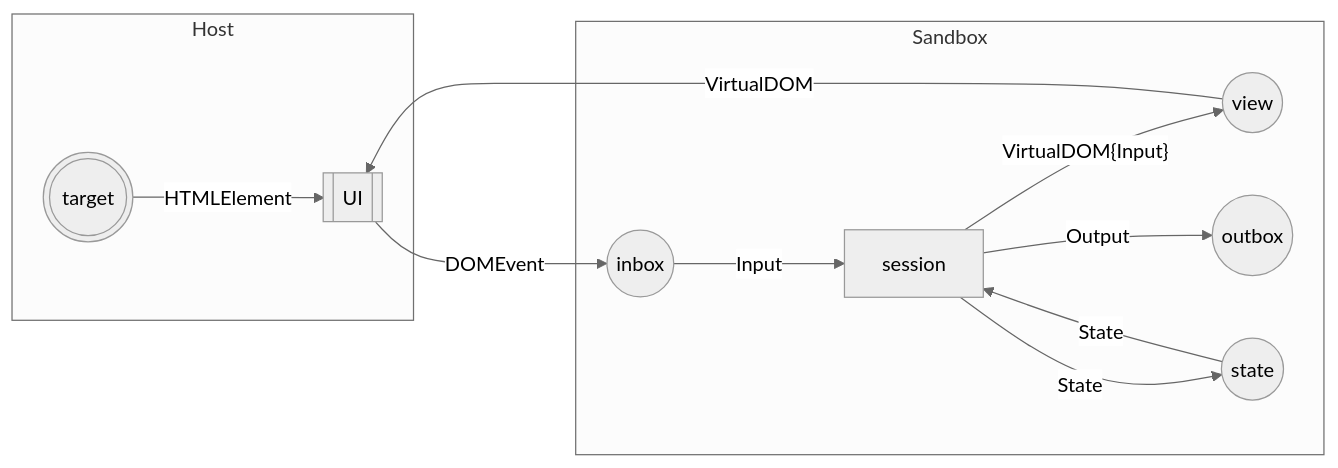
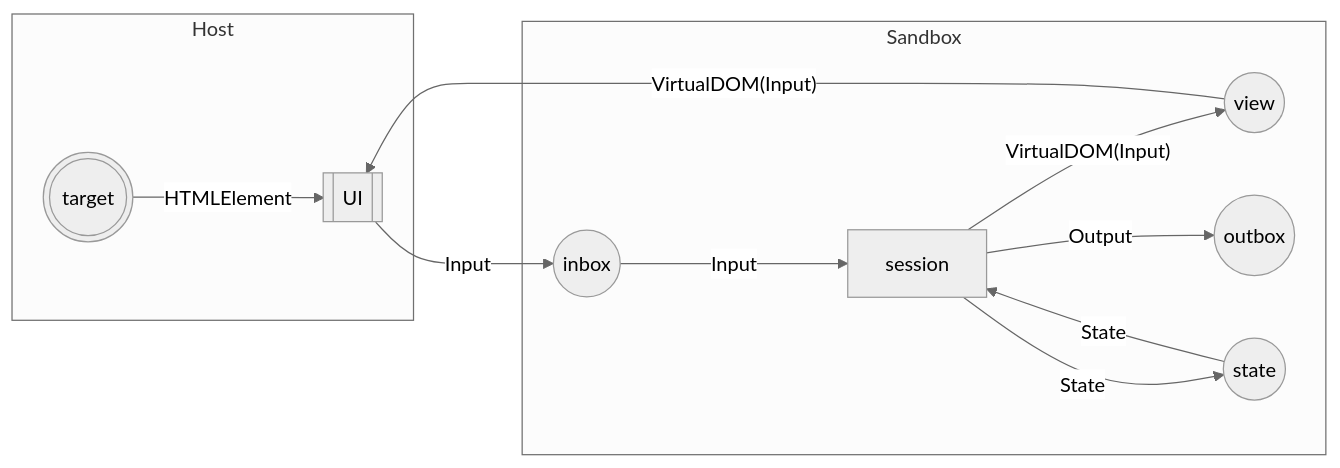
One commit to Gozala/workspace changed the diagram in journals/2024_06_14.md. Above: the diagram before and after it, drawn with Mermaid (neutral theme).

Commit message:
Auto saved by Logseq

````diff
--- a/journals/2024_06_14.md
+++ b/journals/2024_06_14.md
@@ -7,23 +7,23 @@
   ```mermaid
   flowchart LR
   target(((target)))
   view((view))
   inbox((inbox))
   outbox((outbox))
   state((state))
   UI[[UI]]
   app[session]
   
   subgraph Host
   target -- HTMLElement --> UI
   end
   subgraph Sandbox
-  view -- VirtualDOM --> UI
-  UI -- DOMEvent --> inbox 
+  view -- VirtualDOM(Input) --> UI
+  UI -- Input --> inbox 
   inbox -- Input --> app
-  app -- VirtualDOM{Input} --> view
+  app -- VirtualDOM(Input) --> view
   app -- State --> state
   state -- State --> app
   app -- Output --> outbox
   end
   ```
````
